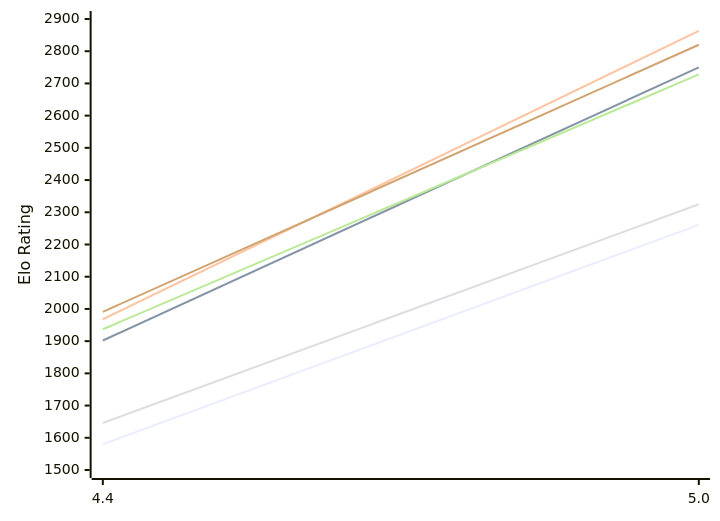
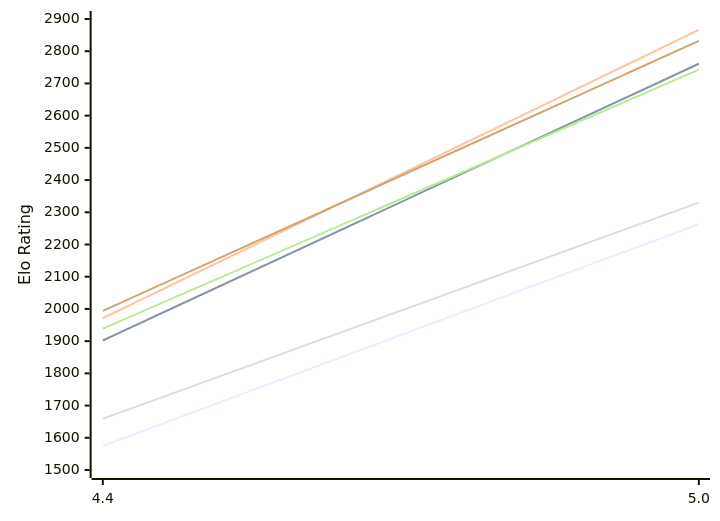
One commit to computer-chess-index/cci changed the first of 2 diagrams in engines/Radiance.md. Above: the diagram before and after it, drawn with Mermaid. The commit also changed other lines of this file, not shown here.

Commit message:
Update CCI Ratings (ELO VLTC) - 2026-11-16

````diff
--- a/engines/Radiance.md
+++ b/engines/Radiance.md
@@ -51,12 +51,12 @@
 ```mermaid
 %%{init: {"theme":"base","themeVariables":{"seriesColors:['#a3a3a3','#222221','#faa371']}}}%%
 xychart-beta
   x-axis ["4.4", "5.0"]
   y-axis "Elo Rating" 1500 --> 2900
-  line "E1: STC (8.0+0.08s)" [1580, 2261]
-  line "E1: LTC (60.0+0.60s)" [1902, 2750]
-  line "E1: VLTC (2m24s+1.12s)" [1968, 2863]
-  line "P1: STC (8.0+0.08s)" [1646, 2325]
-  line "P1: LTC (60.0+0.60s)" [1937, 2728]
-  line "P1: VLTC (2m24s+1.12s)" [1991, 2820]
+  line "E1: STC (8.0+0.08s)" [1575, 2263]
+  line "E1: LTC (60.0+0.60s)" [1902, 2761]
+  line "E1: VLTC (2m24s+1.12s)" [1971, 2866]
+  line "P1: STC (8.0+0.08s)" [1659, 2330]
+  line "P1: LTC (60.0+0.60s)" [1939, 2743]
+  line "P1: VLTC (2m24s+1.12s)" [1994, 2832]
 ```
````
